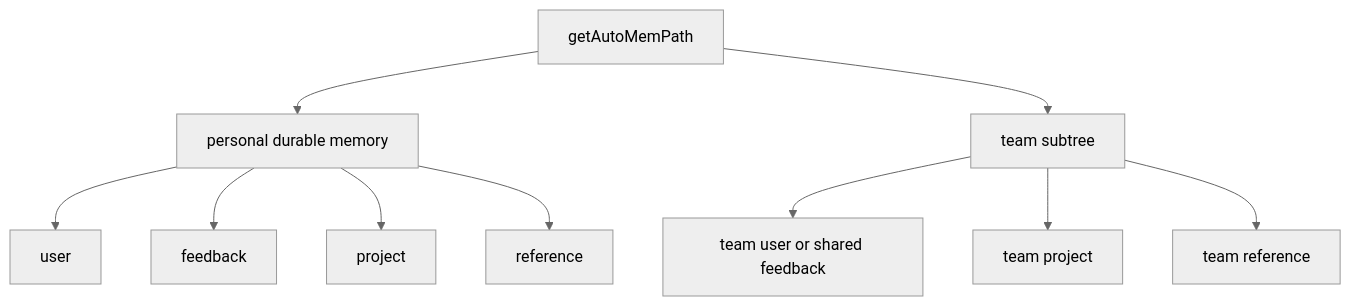
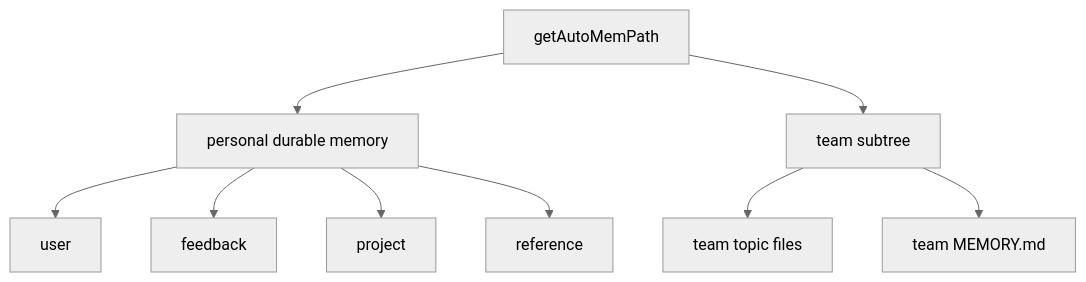
The second of 2 diagrams in MODULES/03-persistent-memory-system/DEEP/README.md (Boulea7/ClaudeCode-Source-DeepDive), drawn with Mermaid (neutral theme) before and after one commit. The commit also changed other lines of this file and 5 other files, not shown here.

````diff
--- a/MODULES/03-persistent-memory-system/DEEP/README.md
+++ b/MODULES/03-persistent-memory-system/DEEP/README.md
@@ -208,12 +245,11 @@
 ```mermaid
 flowchart TD
     A[getAutoMemPath] --> B[personal durable memory]
     A --> C[team subtree]
     B --> D[user]
     B --> E[feedback]
     B --> F[project]
     B --> G[reference]
-    C --> H[team user or shared feedback]
-    C --> I[team project]
-    C --> J[team reference]
+    C --> H[team topic files]
+    C --> I[team MEMORY.md]
 ```
````
